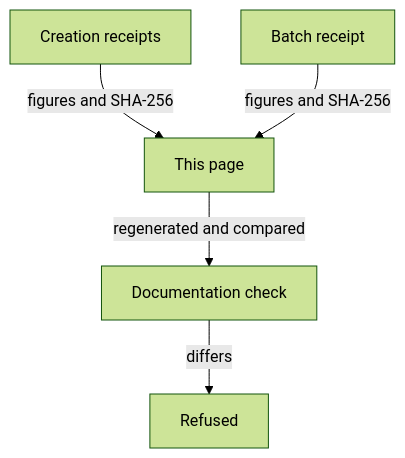
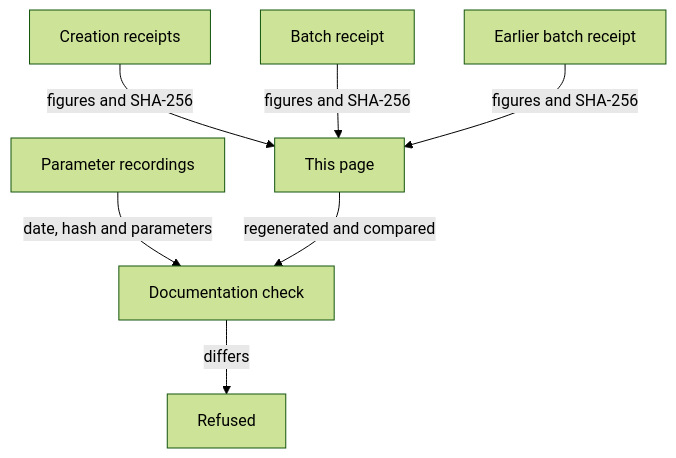
Before and after one commit to lambdasistemi/singular: the diagram in docs/release-decision-table.md, drawn with Mermaid (forest theme). The commit also changed other lines of this file and 170 other files, not shown here.

````diff
--- a/docs/release-decision-table.md
+++ b/docs/release-decision-table.md
@@ -5,7 +5,9 @@
 ```mermaid
 flowchart TB
     creation[Creation receipts] -->|figures and SHA-256| page[This page]
     batch[Batch receipt] -->|figures and SHA-256| page
+    earlier[Earlier batch receipt] -->|figures and SHA-256| page
+    recordings[Parameter recordings] -->|date, hash and parameters| check
     page -->|regenerated and compared| check[Documentation check]
     check -->|differs| refuse[Refused]
 ```
````
